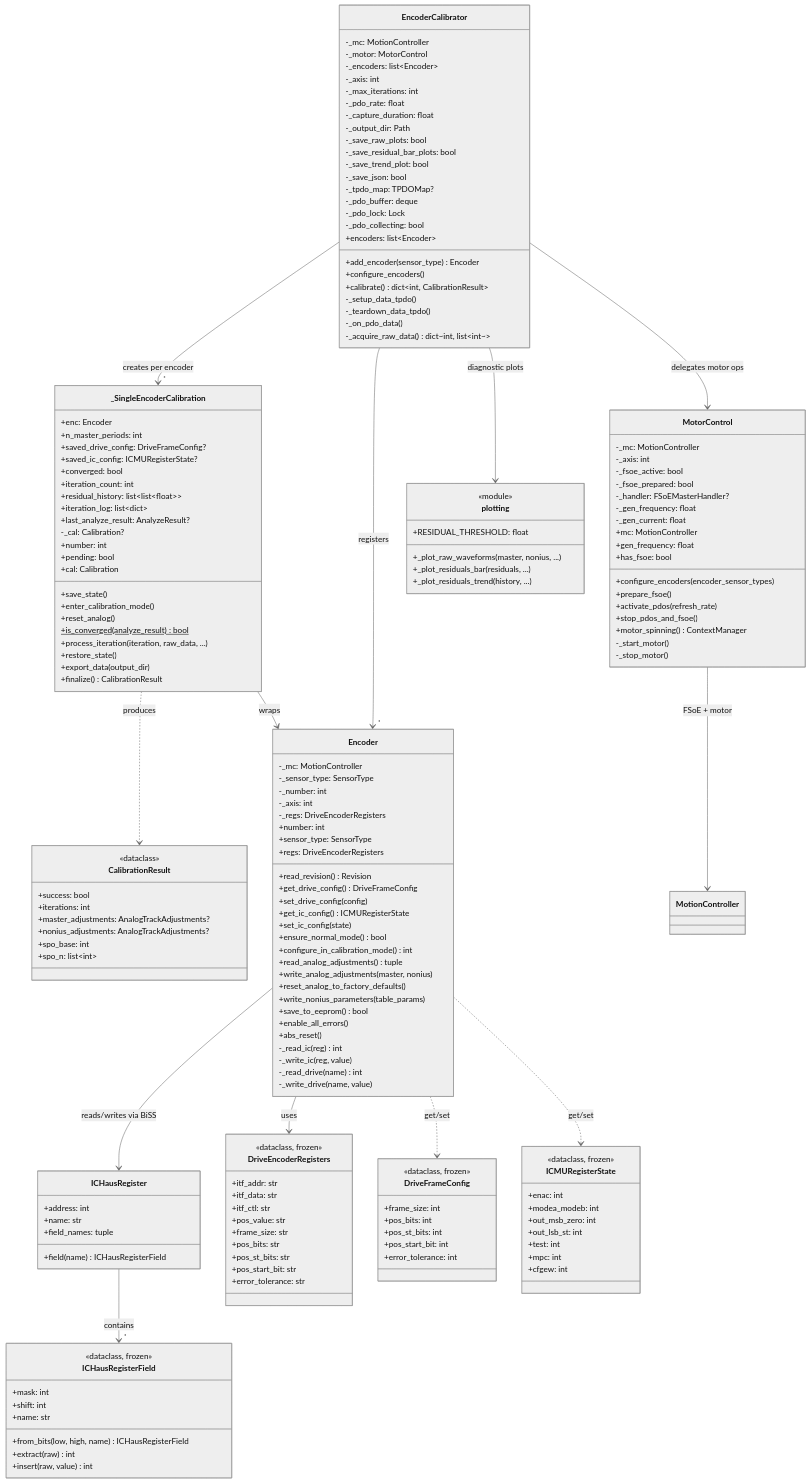
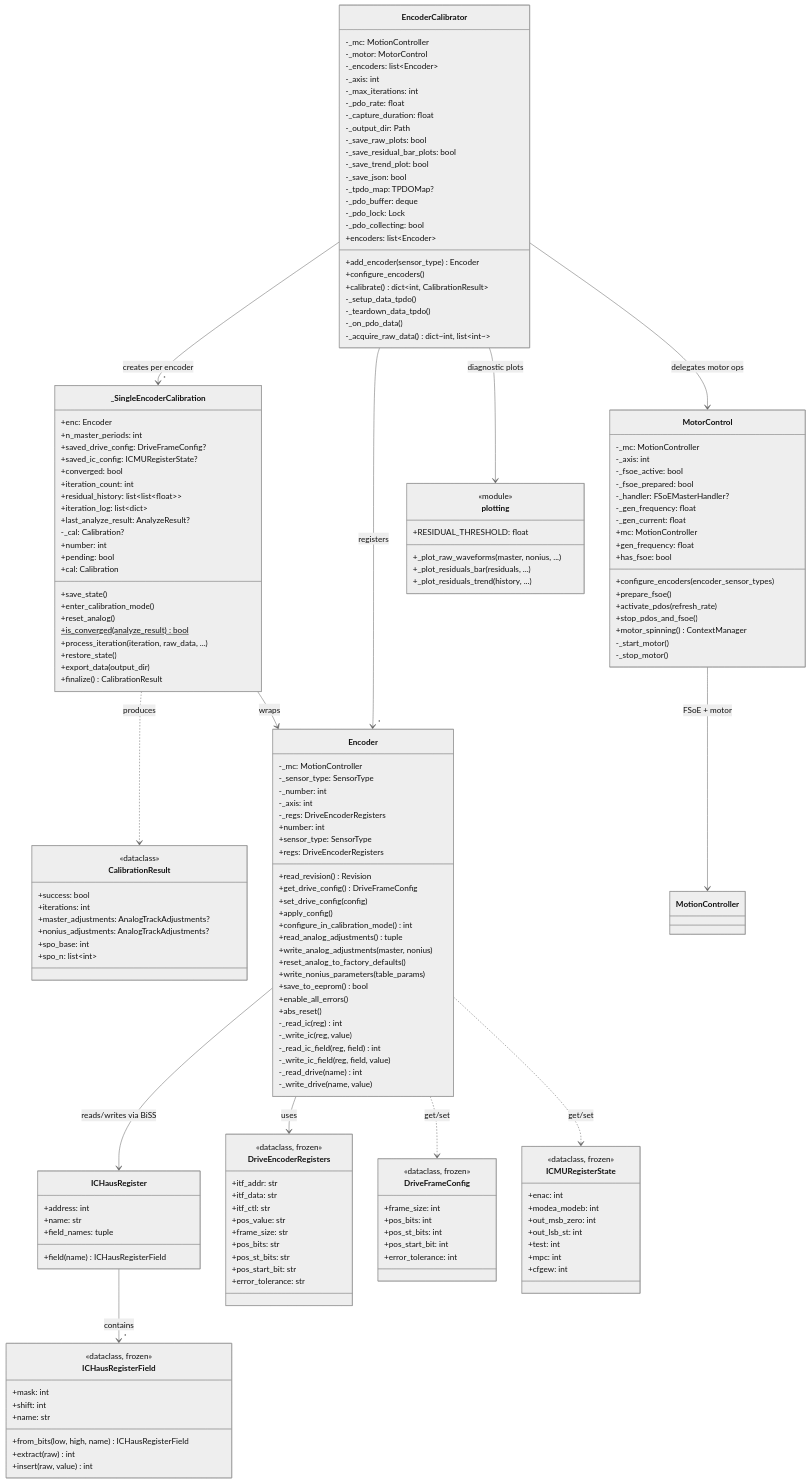
One commit to ingeniamc/iC-Haus-magnetic-encoder-calibration changed the third of 3 diagrams in architecture.md. Above: the diagram before and after it, drawn with Mermaid (neutral theme). The commit also changed other lines of this file and 1 other file, not shown here.

```diff
--- a/architecture.md
+++ b/architecture.md
@@ -321,9 +324,7 @@
         +read_revision() Revision
         +get_drive_config() DriveFrameConfig
         +set_drive_config(config)
-        +get_ic_config() ICMURegisterState
-        +set_ic_config(state)
-        +ensure_normal_mode() bool
+        +apply_config()
         +configure_in_calibration_mode() int
         +read_analog_adjustments() tuple
         +write_analog_adjustments(master, nonius)
@@ -334,6 +335,8 @@
         +abs_reset()
         -_read_ic(reg) int
         -_write_ic(reg, value)
+        -_read_ic_field(reg, field) int
+        -_write_ic_field(reg, field, value)
         -_read_drive(name) int
         -_write_drive(name, value)
     }
```
